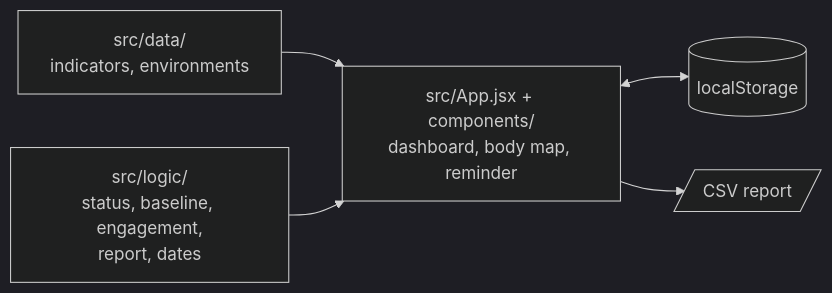
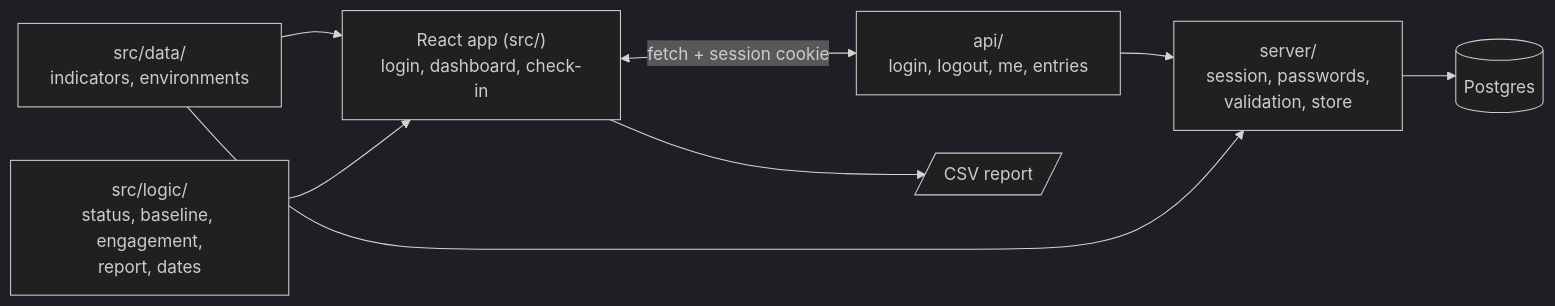
One commit to arthursouto09/Health-Monitoring-Software changed the diagram in README.md. Above: the diagram before and after it, drawn with Mermaid (dark theme). The commit also changed other lines of this file and 6 other files, not shown here.

Commit message:
docs: documenta o back-end, o login, a revisão do check-in, o Docker e o deploy na Vercel

````diff
--- a/README.md
+++ b/README.md
@@ -104,7 +124,10 @@
 ```mermaid
 flowchart LR
-    DATA["src/data/<br/>indicators, environments"] --> UI["src/App.jsx + components/<br/>dashboard, body map, reminder"]
+    DATA["src/data/<br/>indicators, environments"] --> UI["React app (src/)<br/>login, dashboard, check-in"]
     LOGIC["src/logic/<br/>status, baseline, engagement,<br/>report, dates"] --> UI
-    UI <--> LS[("localStorage")]
+    UI <-- "fetch + session cookie" --> API["api/<br/>login, logout, me, entries"]
+    API --> SERVER["server/<br/>session, passwords,<br/>validation, store"]
+    DATA --> SERVER
+    SERVER --> DB[("Postgres")]
     UI --> CSV[/"CSV report"/]
 ```
````
